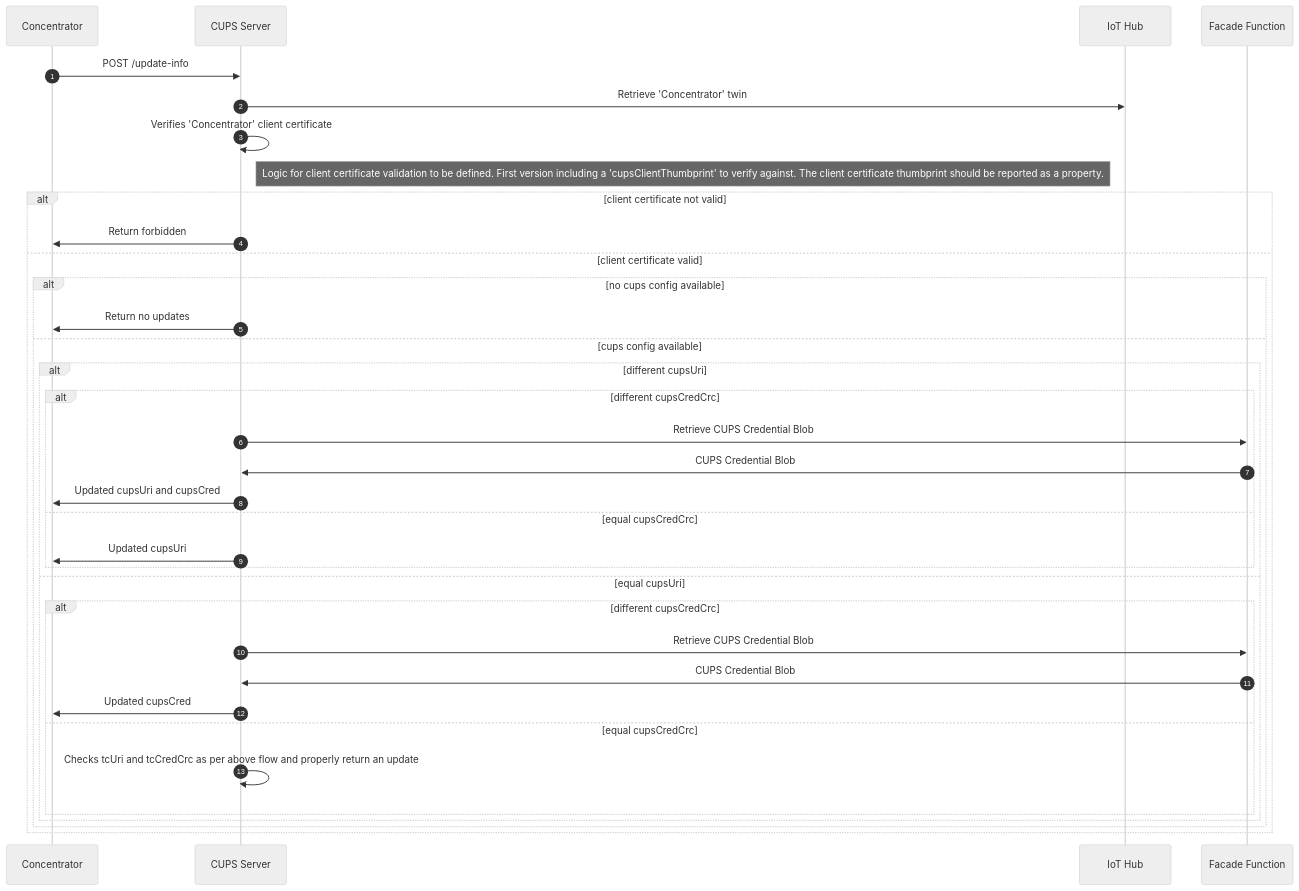
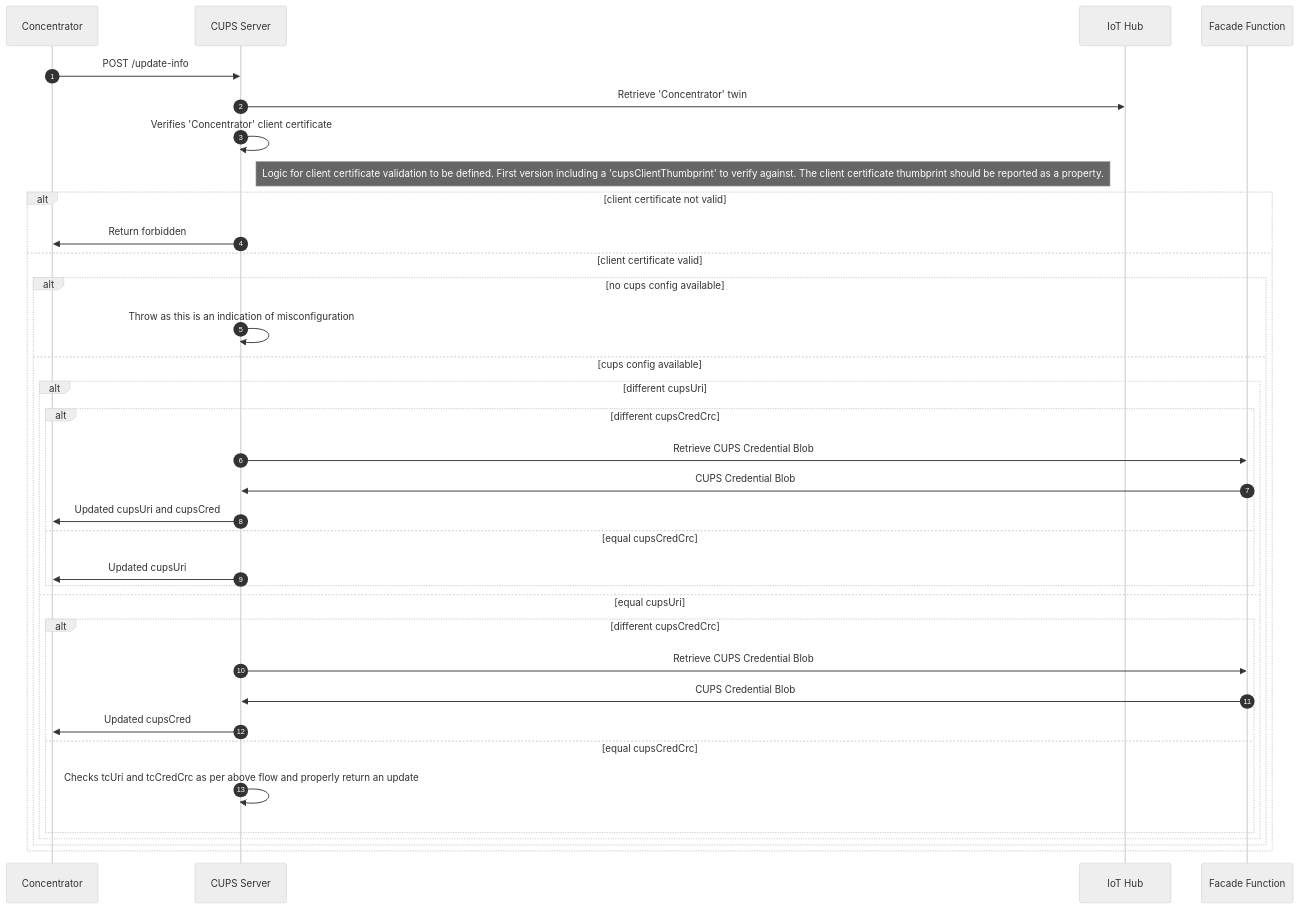
Before and after one commit to Azure/iotedge-lorawan-starterkit: the first of 2 diagrams in docs/adr/006_cups.md, drawn with Mermaid (neutral theme).

Commit message:
Throw if misconfigured

````diff
--- a/docs/adr/006_cups.md
+++ b/docs/adr/006_cups.md
@@ -146,33 +146,33 @@
 ```mermaid
   sequenceDiagram
     autonumber
     Concentrator->>CUPS Server: POST /update-info
     CUPS Server->>IoT Hub: Retrieve 'Concentrator' twin
     CUPS Server->>CUPS Server: Verifies 'Concentrator' client certificate
     Note right of CUPS Server: Logic for client certificate validation to be defined. First version including a 'cupsClientThumbprint' to verify against. The client certificate thumbprint should be reported as a property.
     alt client certificate not valid
         CUPS Server->>Concentrator: Return forbidden
     else client certificate valid
         alt no cups config available
-            CUPS Server->>Concentrator: Return no updates
+            CUPS Server->>CUPS Server: Throw as this is an indication of misconfiguration
         else cups config available
             alt different cupsUri
                 alt different cupsCredCrc
                     CUPS Server->>Facade Function: Retrieve CUPS Credential Blob
                     Facade Function->>CUPS Server: CUPS Credential Blob
                     CUPS Server->>Concentrator: Updated cupsUri and cupsCred
                 else equal cupsCredCrc
                     CUPS Server->>Concentrator: Updated cupsUri
                 end
             else equal cupsUri
                 alt different cupsCredCrc
                     CUPS Server->>Facade Function: Retrieve CUPS Credential Blob
                     Facade Function->>CUPS Server: CUPS Credential Blob
                     CUPS Server->>Concentrator: Updated cupsCred
                 else equal cupsCredCrc
                     CUPS Server->>CUPS Server: Checks tcUri and tcCredCrc as per above flow and properly return an update
                 end
             end
         end
     end
 ```
````
